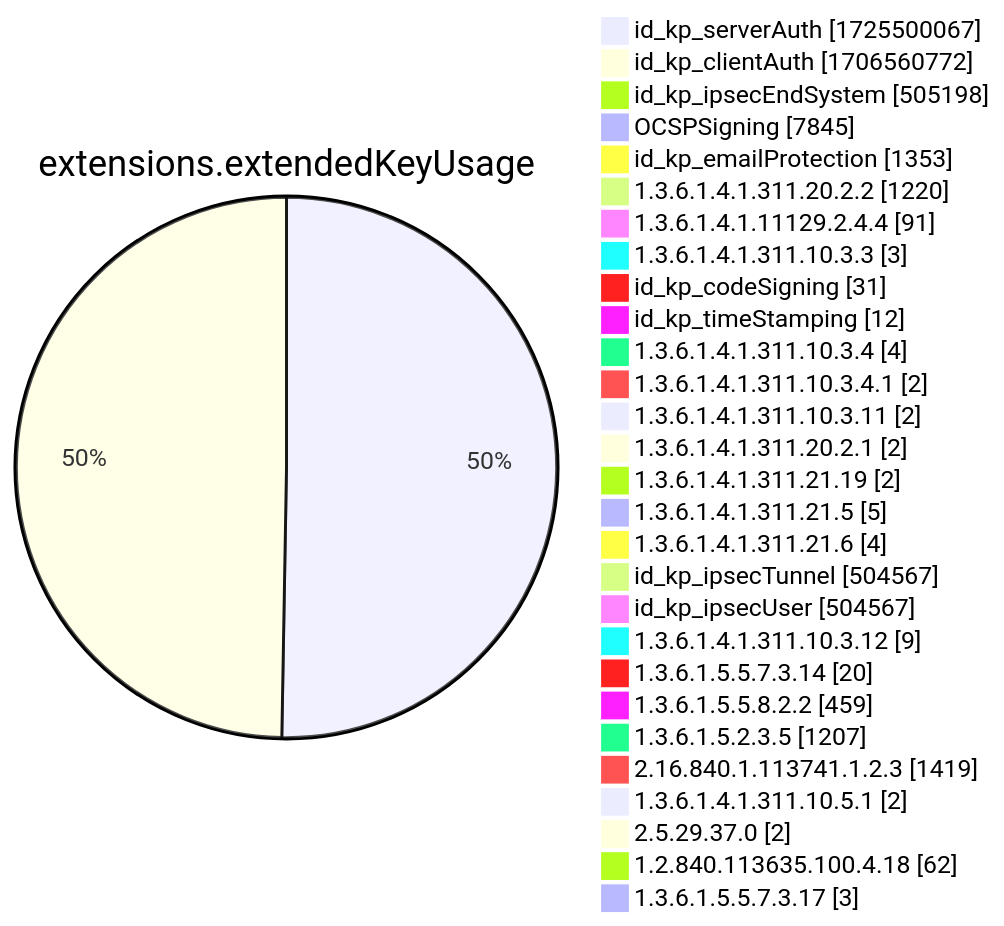
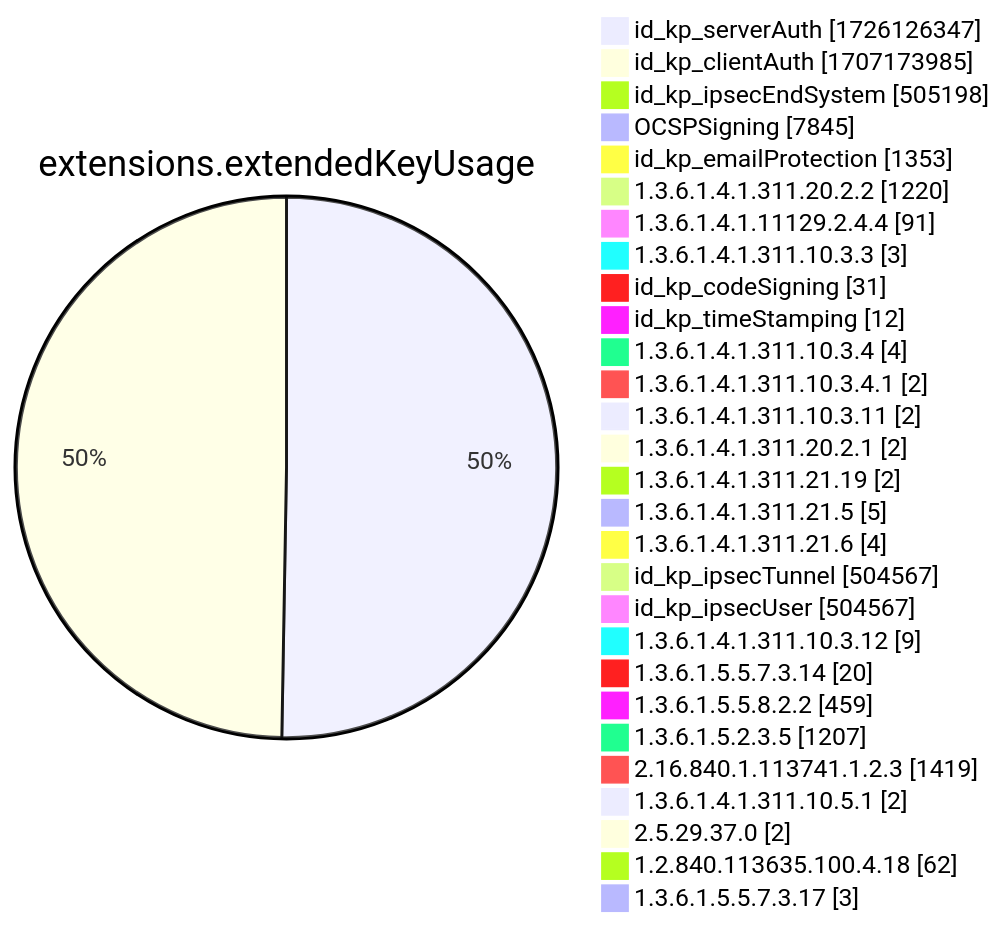
Diagram 12 of 15 in xenon2022/README.md (christiankrug/ctmonitor_visualization), drawn with Mermaid before and after one commit. The commit also changed other lines of this file, not shown here.

````diff
--- a/xenon2022/README.md
+++ b/xenon2022/README.md
@@ -3889,32 +3889,32 @@
 ```mermaid
 pie showData
 title extensions.extendedKeyUsage
-"id_kp_serverAuth" :1725500067
-"id_kp_clientAuth" :1706560772
+"id_kp_serverAuth" :1726126347
+"id_kp_clientAuth" :1707173985
 "id_kp_ipsecEndSystem" :505198
 "OCSPSigning" :7845
 "id_kp_emailProtection" :1353
 "1.3.6.1.4.1.311.20.2.2" :1220
 "1.3.6.1.4.1.11129.2.4.4" :91
 "1.3.6.1.4.1.311.10.3.3" :3
 "id_kp_codeSigning" :31
 "id_kp_timeStamping" :12
 "1.3.6.1.4.1.311.10.3.4" :4
 "1.3.6.1.4.1.311.10.3.4.1" :2
 "1.3.6.1.4.1.311.10.3.11" :2
 "1.3.6.1.4.1.311.20.2.1" :2
 "1.3.6.1.4.1.311.21.19" :2
 "1.3.6.1.4.1.311.21.5" :5
 "1.3.6.1.4.1.311.21.6" :4
 "id_kp_ipsecTunnel" :504567
 "id_kp_ipsecUser" :504567
 "1.3.6.1.4.1.311.10.3.12" :9
 "1.3.6.1.5.5.7.3.14" :20
 "1.3.6.1.5.5.8.2.2" :459
 "1.3.6.1.5.2.3.5" :1207
 "2.16.840.1.113741.1.2.3" :1419
 "1.3.6.1.4.1.311.10.5.1" :2
 "2.5.29.37.0" :2
 "1.2.840.113635.100.4.18" :62
 "1.3.6.1.5.5.7.3.17" :3
 ```
````
